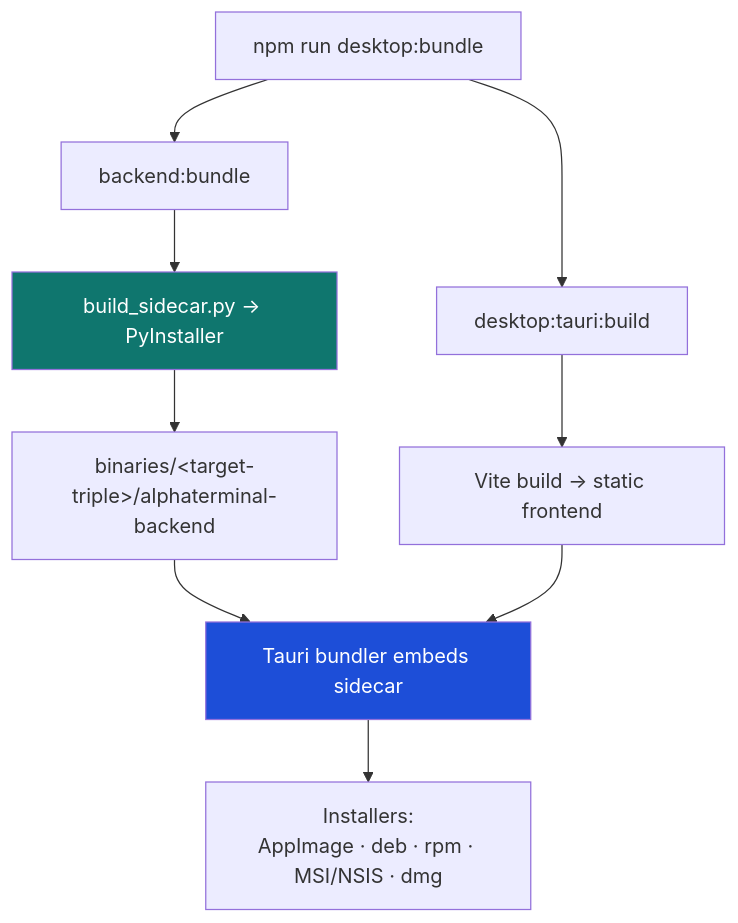
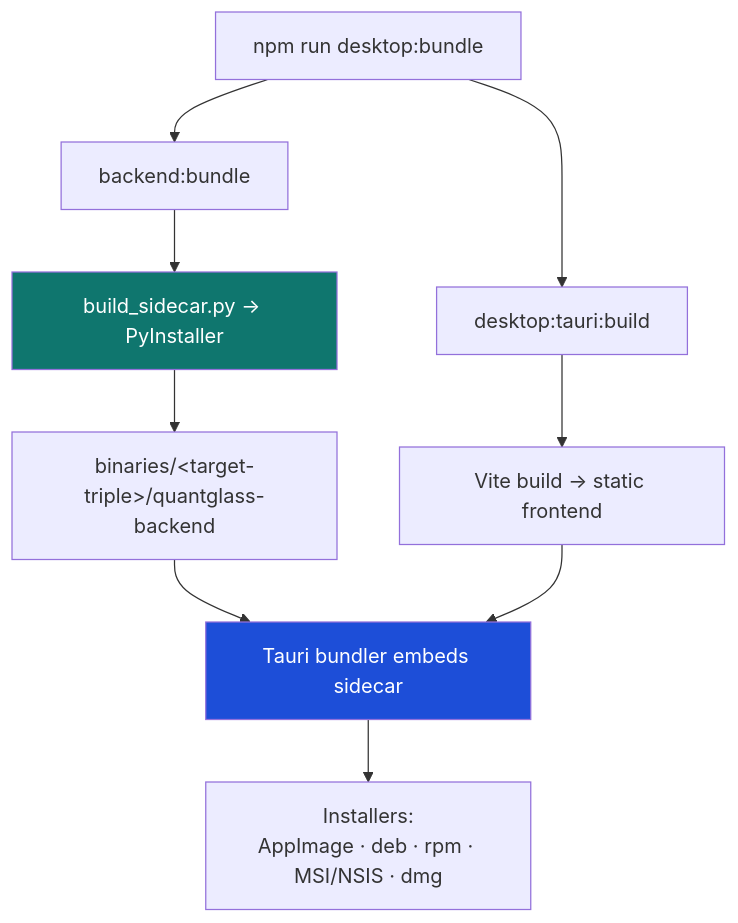
Before and after one commit to quantglass-labs/quantglass: the first of 2 diagrams in docs/technical/08-packaging.md, drawn with Mermaid. The commit also changed other lines of this file and 126 other files, not shown here.

````diff
--- a/docs/technical/08-packaging.md
+++ b/docs/technical/08-packaging.md
@@ -9,13 +9,13 @@
 ```mermaid
 flowchart TB
     A[npm run desktop:bundle] --> B[backend:bundle]
     B --> C[build_sidecar.py → PyInstaller]
-    C --> D[binaries/&lt;target-triple&gt;/alphaterminal-backend]
+    C --> D[binaries/&lt;target-triple&gt;/quantglass-backend]
     A --> E[desktop:tauri:build]
     E --> F[Vite build → static frontend]
     D --> G[Tauri bundler embeds sidecar]
     F --> G
     G --> H[Installers:<br/>AppImage · deb · rpm · MSI/NSIS · dmg]
     style C fill:#0f766e,color:#fff
     style G fill:#1d4ed8,color:#fff
 ```
````
